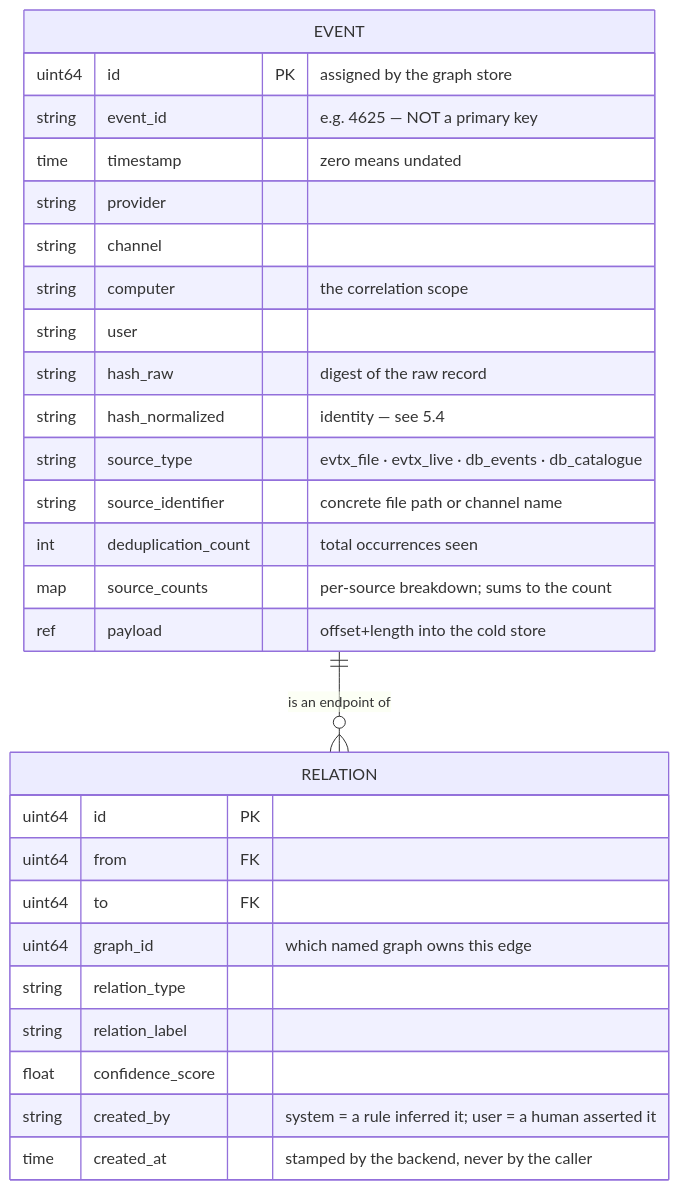
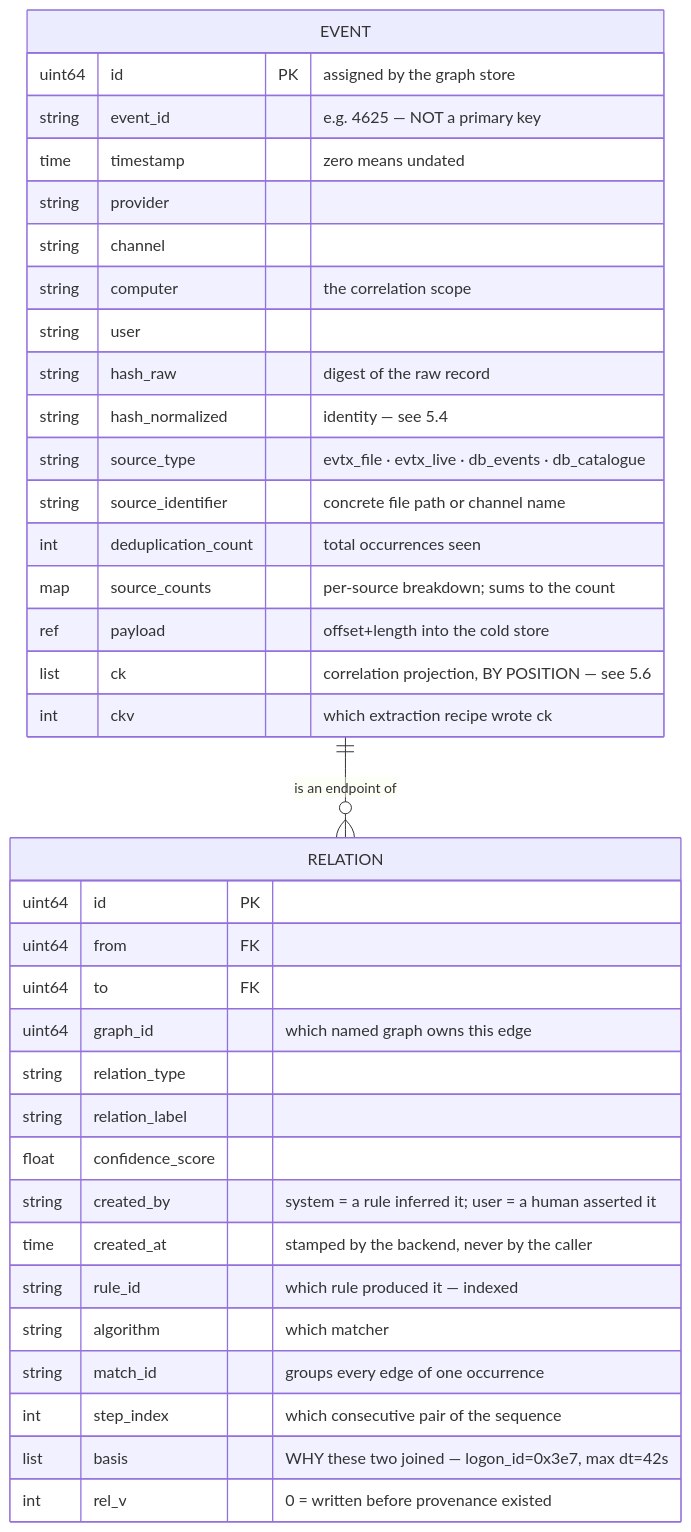
The fourth of 19 diagrams in LLD.md (aoiflux/rohy), drawn with Mermaid before and after one commit. The commit also changed other lines of this file and 3 other files, not shown here.

````diff
--- a/LLD.md
+++ b/LLD.md
@@ -299,31 +301,39 @@
 ```mermaid
 erDiagram
     EVENT ||--o{ RELATION : "is an endpoint of"
     EVENT {
         uint64 id PK "assigned by the graph store"
         string event_id "e.g. 4625 — NOT a primary key"
         time   timestamp "zero means undated"
         string provider
         string channel
         string computer "the correlation scope"
         string user
         string hash_raw "digest of the raw record"
         string hash_normalized "identity — see 5.4"
         string source_type "evtx_file · evtx_live · db_events · db_catalogue"
         string source_identifier "concrete file path or channel name"
         int    deduplication_count "total occurrences seen"
         map    source_counts "per-source breakdown; sums to the count"
         ref    payload "offset+length into the cold store"
+        list   ck "correlation projection, BY POSITION — see 5.6"
+        int    ckv "which extraction recipe wrote ck"
     }
     RELATION {
         uint64  id PK
         uint64  from FK
         uint64  to FK
         uint64  graph_id "which named graph owns this edge"
         string  relation_type
         string  relation_label
         float   confidence_score
         string  created_by "system = a rule inferred it; user = a human asserted it"
         time    created_at "stamped by the backend, never by the caller"
+        string  rule_id "which rule produced it — indexed"
+        string  algorithm "which matcher"
+        string  match_id "groups every edge of one occurrence"
+        int     step_index "which consecutive pair of the sequence"
+        list    basis "WHY these two joined — logon_id=0x3e7, max dt=42s"
+        int     rel_v "0 = written before provenance existed"
     }
 ```
````
